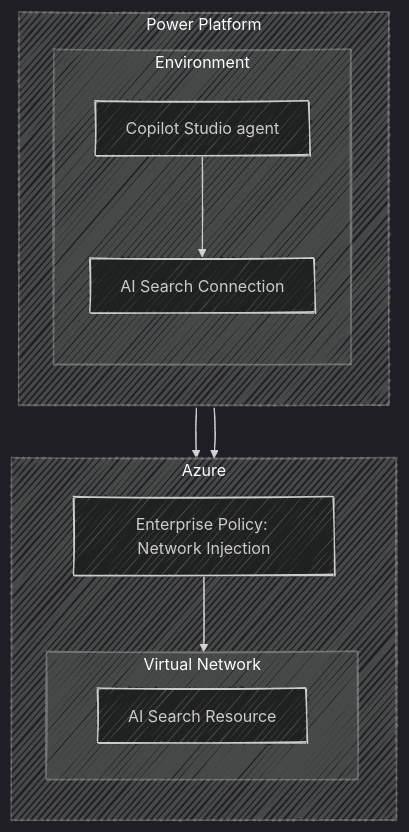
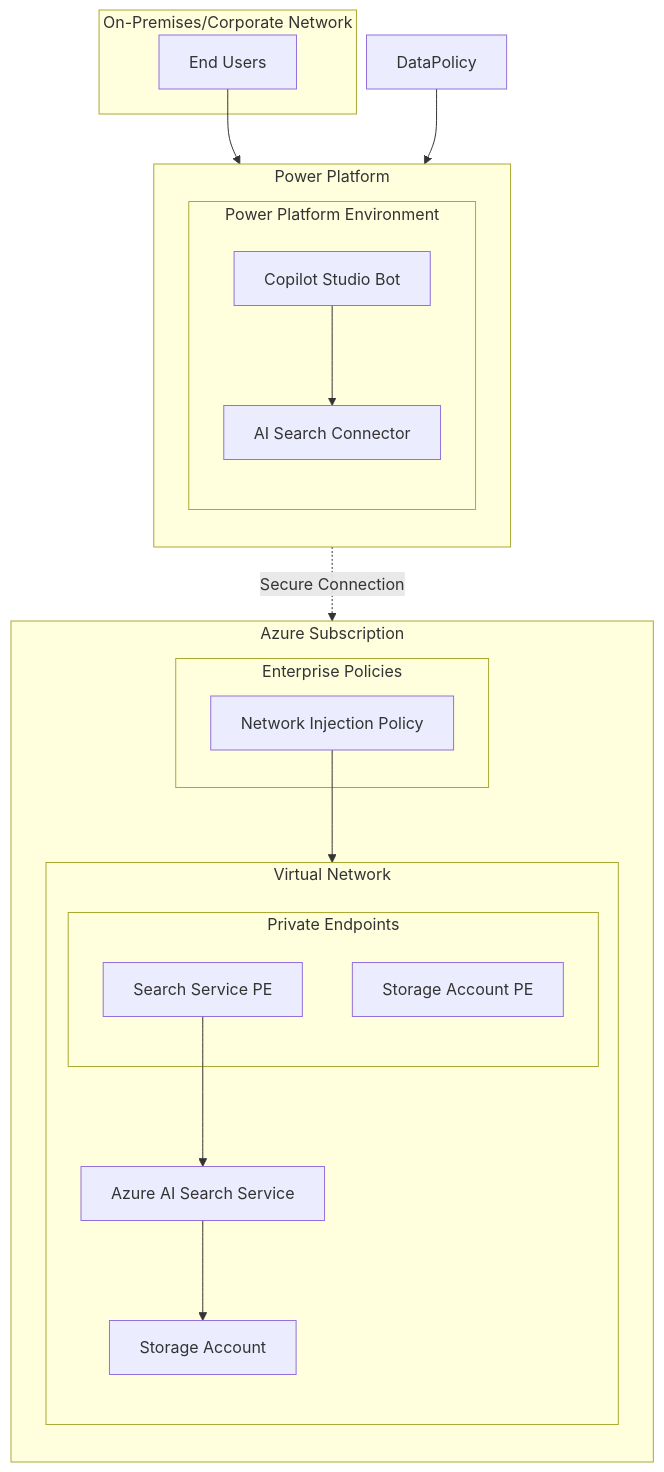
Before and after one commit to Azure-Samples/Copilot-Studio-with-Azure-AI-Search: the diagram in README.md, drawn with Mermaid. The commit also changed other lines of this file and 39 other files, not shown here.

````diff
--- a/README.md
+++ b/README.md
@@ -45,32 +67,40 @@
 ```mermaid
----
-config:
-  theme: dark
-  look: handDrawn
-  width: 1000
-  height: 600
----
 graph TD
   subgraph PowerPlatform["Power Platform"]
     direction TB
-    subgraph Environment["Environment"]
+    subgraph Environment["Power Platform Environment"]
       direction TB
-      A[AI Search Connection]
-      B[Copilot Studio agent]
+      CopilotStudio[Copilot Studio Bot]
+      Connector[AI Search Connector]
     end
   end
 
-  subgraph Azure["Azure"]
+  subgraph Azure["Azure Subscription"]
     direction TB
-    D[Enterprise Policy: Network Injection]
-    subgraph VirtualNetwork["Virtual Network"]
-        direction LR
-        E[AI Search Resource]
+    subgraph VNet["Virtual Network"]
+      direction TB
+      subgraph PrivateEndpoints["Private Endpoints"]
+        SearchPE[Search Service PE]
+        StoragePE[Storage Account PE]
+      end
+      AISearch[Azure AI Search Service]
+      Storage[Storage Account]
+    end
+    
+    subgraph Policies["Enterprise Policies"]
+      NetworkPolicy[Network Injection Policy]
     end
   end
 
-  Environment --> D
-  B --> A
-  A --> E
-  D --> VirtualNetwork
+  subgraph OnPremises["On-Premises/Corporate Network"]
+    Users[End Users]
+  end
+
+  Users --> CopilotStudio
+  CopilotStudio --> Connector
+  Connector -.->|Secure Connection| SearchPE
+  SearchPE --> AISearch
+  AISearch --> Storage
+  NetworkPolicy --> VNet
+  DataPolicy --> Environment
 ```
````
